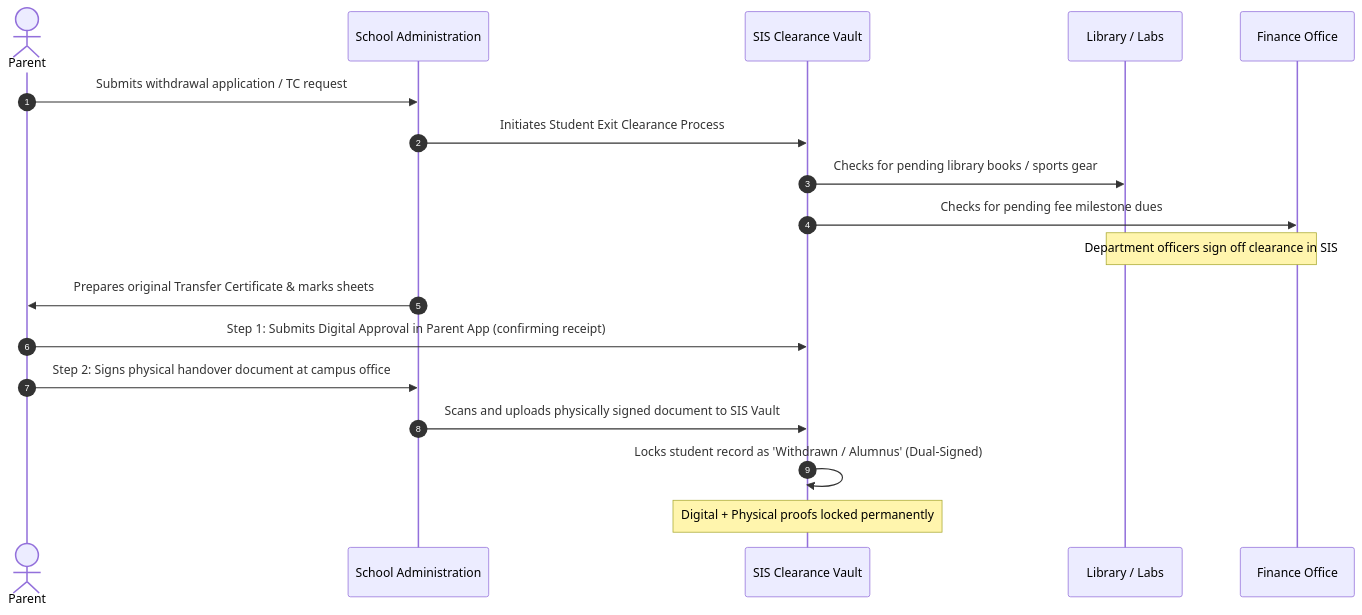
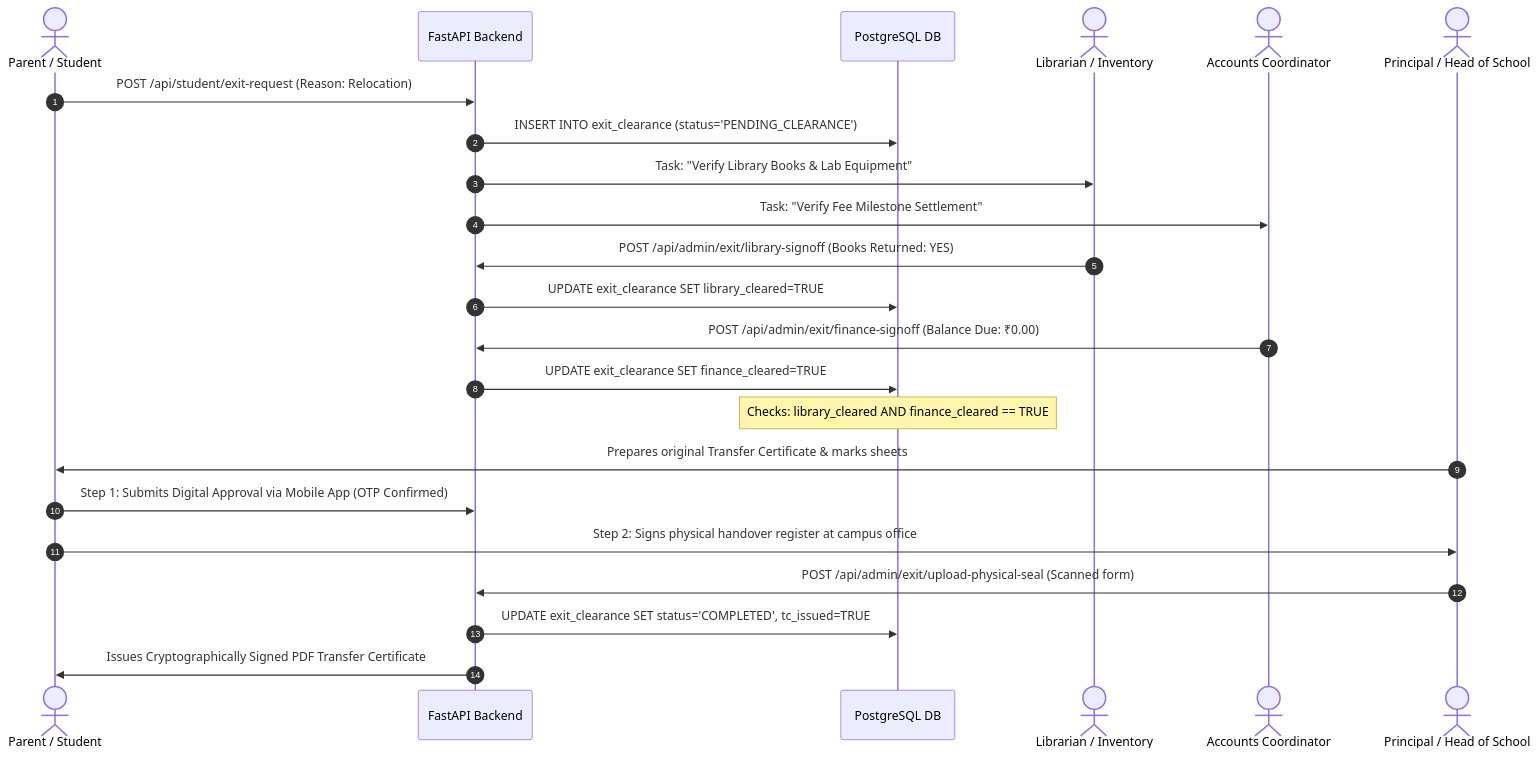
Before and after one commit to DiradzProducts/EDU360: the fourth of 7 diagrams in docs/prd/PRD.md, drawn with Mermaid. The commit also changed other lines of this file and 6 other files, not shown here.

Commit message:
docs(architecture): synchronize role-wise workflows with payroll LOP, batch exam schedules, and clock engine (v8.5)

````diff
--- a/docs/prd/PRD.md
+++ b/docs/prd/PRD.md
@@ -244,21 +277,26 @@
 ```mermaid
 sequenceDiagram
     autonumber
-    actor Parent as Parent
-    participant Admin as School Administration
-    participant System as SIS Clearance Vault
-    participant Library as Library / Labs
-    participant Finance as Finance Office
+    actor Parent as Parent / Student
+    participant API as FastAPI Backend
+    participant DB as PostgreSQL DB
+    actor Lib as Librarian / Inventory
+    actor Fin as Accounts Coordinator
+    actor Admin as Principal / Head of School
 
-    Parent->>Admin: Submits withdrawal application / TC request
-    Admin->>System: Initiates Student Exit Clearance Process
-    System->>Library: Checks for pending library books / sports gear
-    System->>Finance: Checks for pending fee milestone dues
-    Note over Library,Finance: Department officers sign off clearance in SIS
+    Parent->>API: POST /api/student/exit-request (Reason: Relocation)
+    API->>DB: INSERT INTO exit_clearance (status='PENDING_CLEARANCE')
+    API->>Lib: Task: "Verify Library Books & Lab Equipment"
+    API->>Fin: Task: "Verify Fee Milestone Settlement"
+    Lib->>API: POST /api/admin/exit/library-signoff (Books Returned: YES)
+    API->>DB: UPDATE exit_clearance SET library_cleared=TRUE
+    Fin->>API: POST /api/admin/exit/finance-signoff (Balance Due: ₹0.00)
+    API->>DB: UPDATE exit_clearance SET finance_cleared=TRUE
+    Note over DB: Checks: library_cleared AND finance_cleared == TRUE
     Admin->>Parent: Prepares original Transfer Certificate & marks sheets
-    Parent->>System: Step 1: Submits Digital Approval in Parent App (confirming receipt)
-    Parent->>Admin: Step 2: Signs physical handover document at campus office
-    Admin->>System: Scans and uploads physically signed document to SIS Vault
-    System->>System: Locks student record as 'Withdrawn / Alumnus' (Dual-Signed)
-    Note over System: Digital + Physical proofs locked permanently
+    Parent->>API: Step 1: Submits Digital Approval via Mobile App (OTP Confirmed)
+    Parent->>Admin: Step 2: Signs physical handover register at campus office
+    Admin->>API: POST /api/admin/exit/upload-physical-seal (Scanned form)
+    API->>DB: UPDATE exit_clearance SET status='COMPLETED', tc_issued=TRUE
+    API->>Parent: Issues Cryptographically Signed PDF Transfer Certificate
 ```
````
